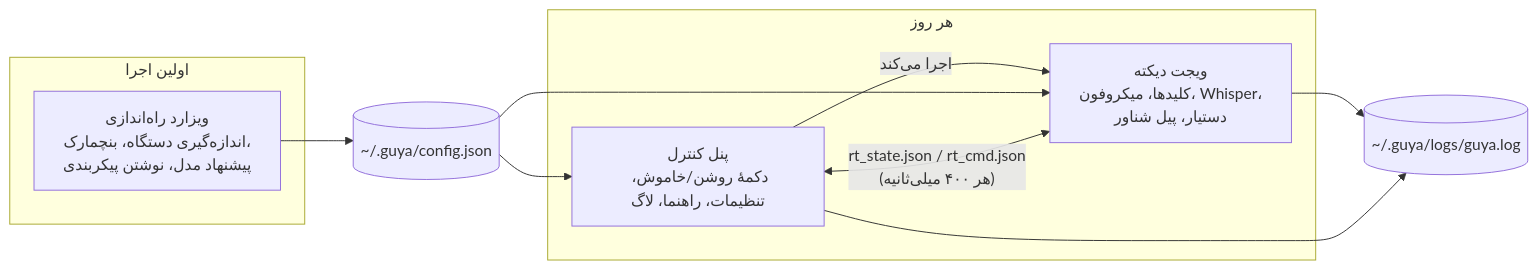
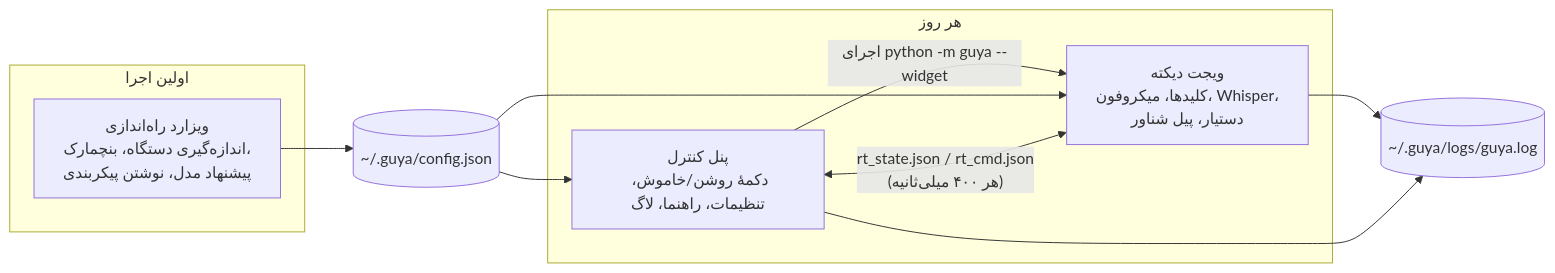
One commit to faceesmart/guya changed the second of 7 diagrams in docs/REPORT-FA.md. Above: the diagram before and after it, drawn with Mermaid. The commit also changed other lines of this file and 1 other file, not shown here.

````diff
--- a/docs/REPORT-FA.md
+++ b/docs/REPORT-FA.md
@@ -161,18 +399,18 @@
 ```mermaid
 flowchart LR
     subgraph first_run["اولین اجرا"]
         W[ویزارد راه‌اندازی<br/>اندازه‌گیری دستگاه، بنچمارک،<br/>پیشنهاد مدل، نوشتن پیکربندی]
     end
     subgraph daily["هر روز"]
-        P[پنل کنترل<br/>دکمهٔ روشن/خاموش، تنظیمات، راهنما، لاگ] -- اجرا می‌کند --> D
+        P[پنل کنترل<br/>دکمهٔ روشن/خاموش، تنظیمات، راهنما، لاگ] -- "اجرای python -m guya --widget" --> D
         D[ویجت دیکته<br/>کلیدها، میکروفون، Whisper،<br/>دستیار، پیل شناور]
         D <-- "rt_state.json / rt_cmd.json<br/>(هر ۴۰۰ میلی‌ثانیه)" --> P
     end
     C[(~/.guya/config.json)]
     L[(~/.guya/logs/guya.log)]
     W --> C
     C --> P
     C --> D
     D --> L
     P --> L
 ```
````
